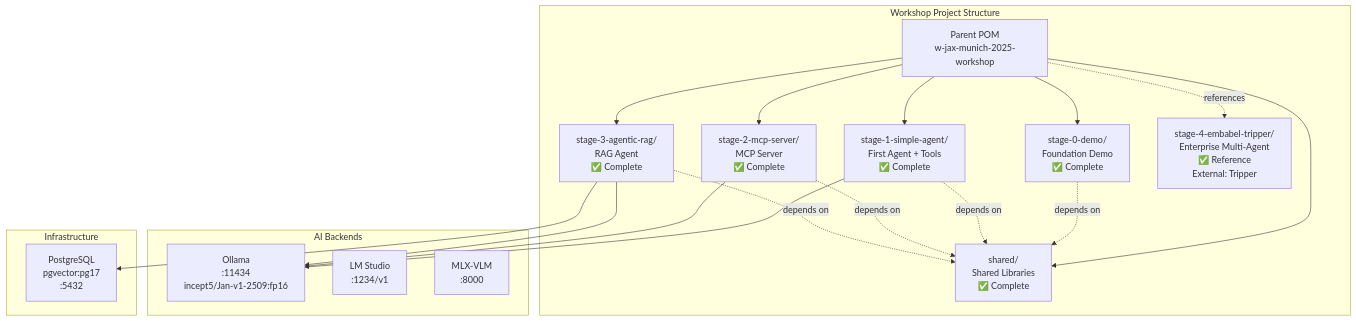
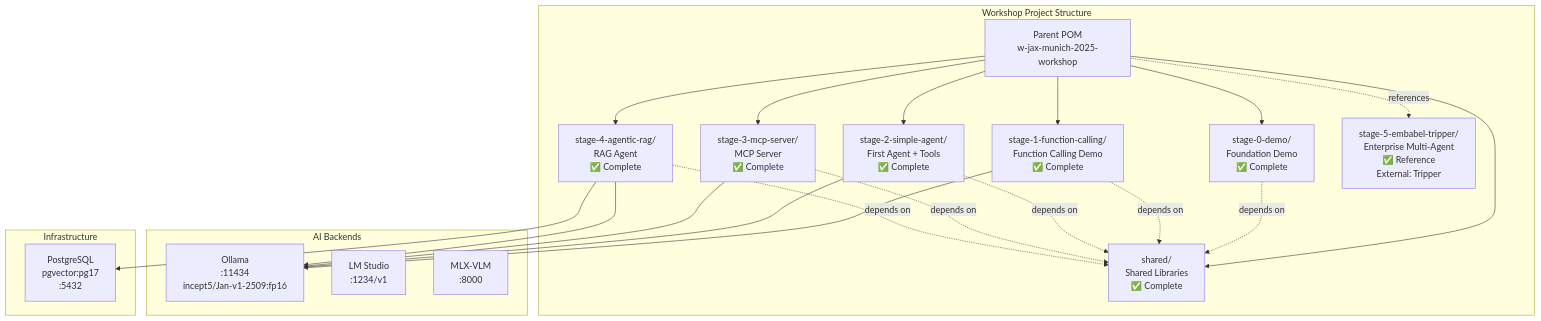
One commit to Incept5/w-jax-munich-2025-workshop changed the first of 3 diagrams in architecture.md. Above: the diagram before and after it, drawn with Mermaid. The commit also changed other lines of this file and 12 other files, not shown here.

Commit message:
Add function calling module

````diff
--- a/architecture.md
+++ b/architecture.md
@@ -70,33 +72,36 @@
 ```mermaid
 graph TB
     subgraph "Workshop Project Structure"
         PARENT[Parent POM<br/>w-jax-munich-2025-workshop]
         
         PARENT --> SHARED[shared/<br/>Shared Libraries<br/>✅ Complete]
         PARENT --> S0[stage-0-demo/<br/>Foundation Demo<br/>✅ Complete]
-        PARENT --> S1[stage-1-simple-agent/<br/>First Agent + Tools<br/>✅ Complete]
-        PARENT --> S2[stage-2-mcp-server/<br/>MCP Server<br/>✅ Complete]
-        PARENT --> S3[stage-3-agentic-rag/<br/>RAG Agent<br/>✅ Complete]
-        PARENT -.references.-> S4[stage-4-embabel-tripper/<br/>Enterprise Multi-Agent<br/>✅ Reference<br/>External: Tripper]
+        PARENT --> S1[stage-1-function-calling/<br/>Function Calling Demo<br/>✅ Complete]
+        PARENT --> S2[stage-2-simple-agent/<br/>First Agent + Tools<br/>✅ Complete]
+        PARENT --> S3[stage-3-mcp-server/<br/>MCP Server<br/>✅ Complete]
+        PARENT --> S4[stage-4-agentic-rag/<br/>RAG Agent<br/>✅ Complete]
+        PARENT -.references.-> S5[stage-5-embabel-tripper/<br/>Enterprise Multi-Agent<br/>✅ Reference<br/>External: Tripper]
         
         S0 -.depends on.-> SHARED
         S1 -.depends on.-> SHARED
         S2 -.depends on.-> SHARED
         S3 -.depends on.-> SHARED
+        S4 -.depends on.-> SHARED
     end
     
     subgraph "AI Backends"
         OLLAMA[Ollama<br/>:11434<br/>incept5/Jan-v1-2509:fp16]
         LMSTUDIO[LM Studio<br/>:1234/v1]
         MLXVLM[MLX-VLM<br/>:8000]
     end
     
     subgraph "Infrastructure"
         POSTGRES[PostgreSQL<br/>pgvector:pg17<br/>:5432]
     end
     
     S1 --> OLLAMA
     S2 --> OLLAMA
     S3 --> OLLAMA
-    S3 --> POSTGRES
+    S4 --> OLLAMA
+    S4 --> POSTGRES
 ```
````
